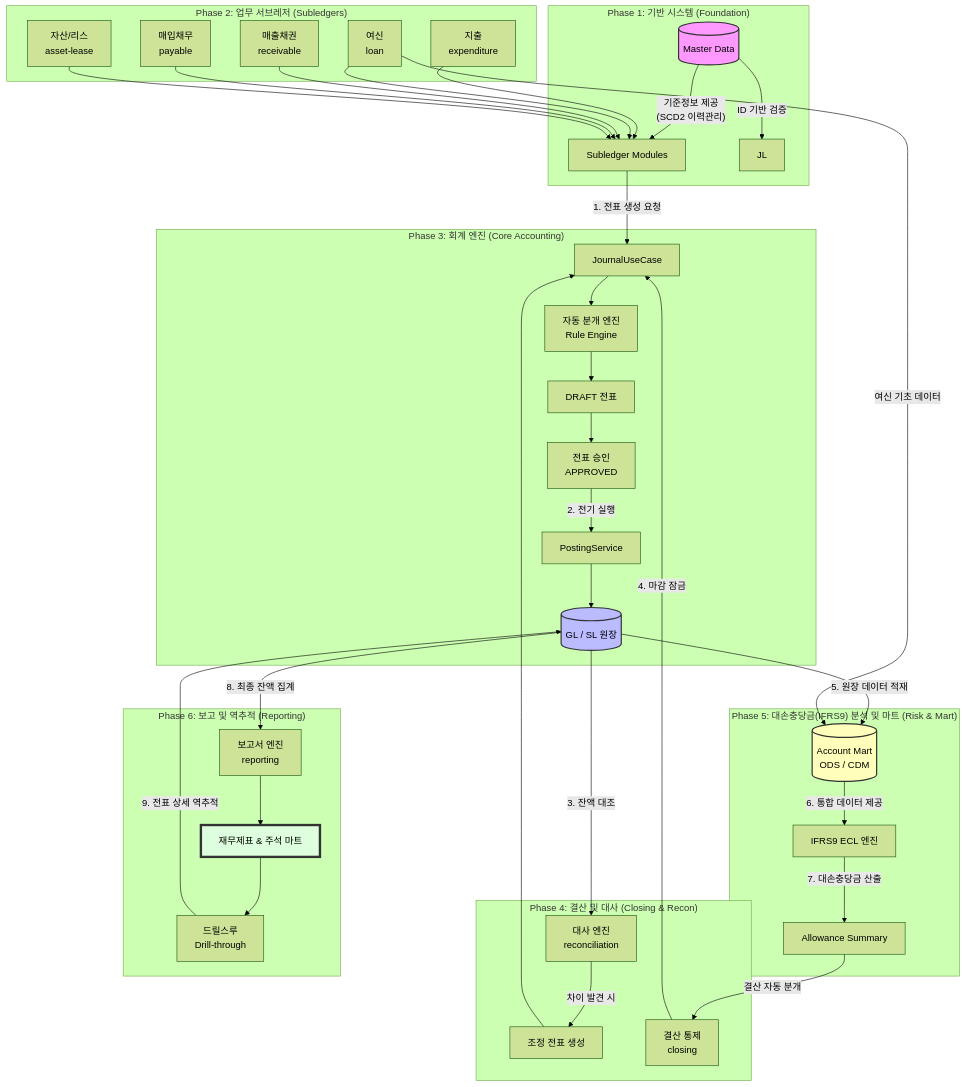
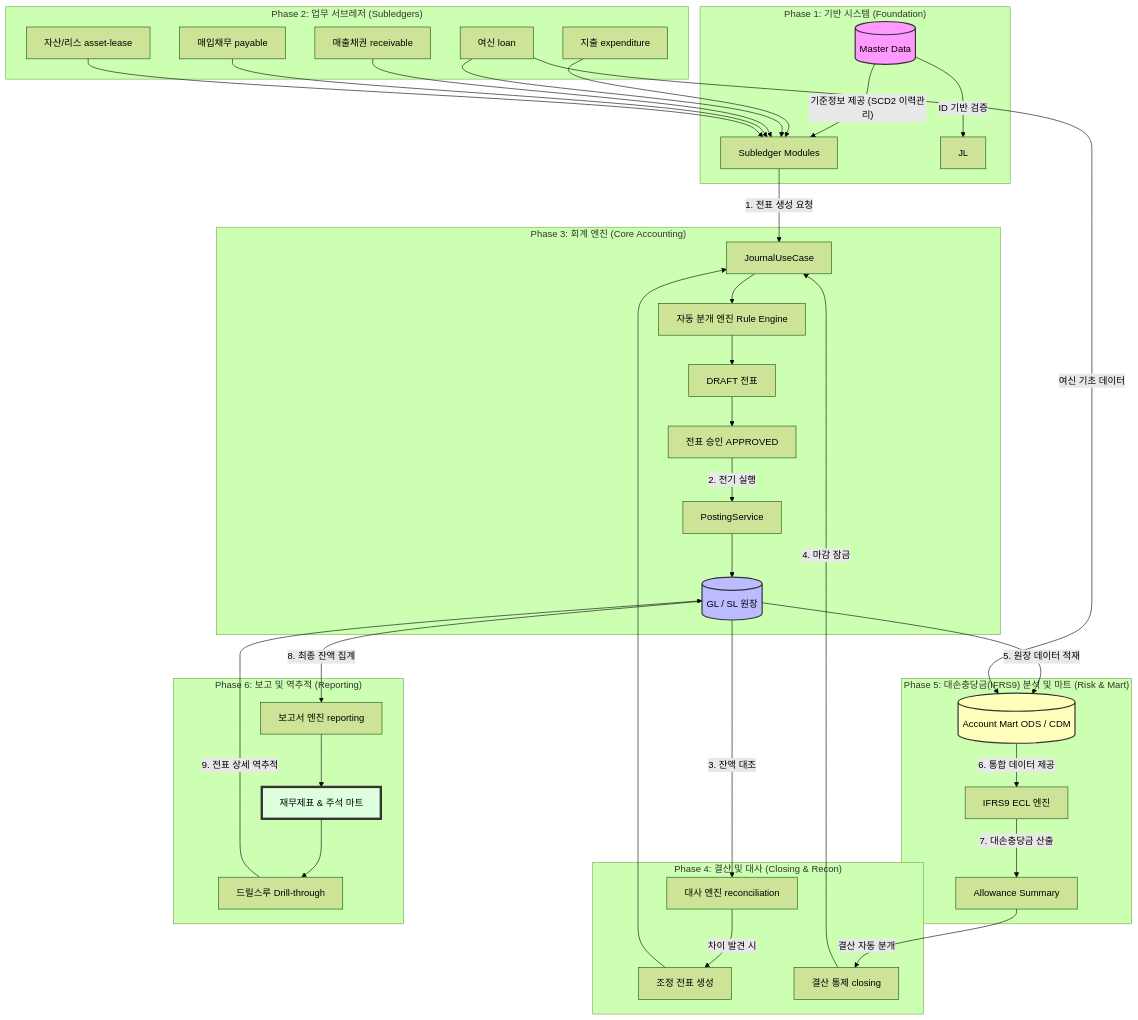
Before and after one commit to skyg547/account: the first of 4 diagrams in docs/business_workflow.md, drawn with Mermaid (forest theme). The commit also changed 9 other files, not shown here.

Commit message:
docs: business_workflow.md Mermaid 오류 수정 및 잔여 변경사항 최종 동기화

````diff
--- a/docs/business_workflow.md
+++ b/docs/business_workflow.md
@@ -11,55 +11,55 @@
 ```mermaid
 flowchart TD
     subgraph "Phase 1: 기반 시스템 (Foundation)"
-        MD[(Master Data)] -- "기준정보 제공\n(SCD2 이력관리)" --> SL
+        MD[(Master Data)] -- "기준정보 제공 (SCD2 이력관리)" --> SL
         MD -- "ID 기반 검증" --> JL
     end
 
     subgraph "Phase 2: 업무 서브레저 (Subledgers)"
         SL[Subledger Modules]
-        EX[지출\nexpenditure] --> SL
-        LN[여신\nloan] --> SL
-        AR[매출채권\nreceivable] --> SL
-        AP[매입채무\npayable] --> SL
-        AS[자산/리스\nasset-lease] --> SL
+        EX[지출 expenditure] --> SL
+        LN[여신 loan] --> SL
+        AR[매출채권 receivable] --> SL
+        AP[매입채무 payable] --> SL
+        AS[자산/리스 asset-lease] --> SL
     end
 
     subgraph "Phase 3: 회계 엔진 (Core Accounting)"
         SL -- "1. 전표 생성 요청" --> JL_USE[JournalUseCase]
-        JL_USE --> RE[자동 분개 엔진\nRule Engine]
+        JL_USE --> RE[자동 분개 엔진 Rule Engine]
         RE --> DRAFT[DRAFT 전표]
-        DRAFT --> APP[전표 승인\nAPPROVED]
+        DRAFT --> APP[전표 승인 APPROVED]
         APP -- "2. 전기 실행" --> POST[PostingService]
         POST --> GL_SL[(GL / SL 원장)]
     end
 
     subgraph "Phase 4: 결산 및 대사 (Closing & Recon)"
-        GL_SL -- "3. 잔액 대조" --> RC[대사 엔진\nreconciliation]
+        GL_SL -- "3. 잔액 대조" --> RC[대사 엔진 reconciliation]
         RC -- "차이 발견 시" --> ADJ[조정 전표 생성]
         ADJ --> JL_USE
 
-        CL[결산 통제\nclosing] -- "4. 마감 잠금" --> JL_USE
+        CL[결산 통제 closing] -- "4. 마감 잠금" --> JL_USE
     end
 
     subgraph "Phase 5: 대손충당금(IFRS9) 분석 및 마트 (Risk & Mart)"
-        GL_SL -- "5. 원장 데이터 적재" --> MART[(Account Mart\nODS / CDM)]
+        GL_SL -- "5. 원장 데이터 적재" --> MART[(Account Mart ODS / CDM)]
         LN -- "여신 기초 데이터" --> MART
         
         MART -- "6. 통합 데이터 제공" --> ECL_ENG[IFRS9 ECL 엔진]
         ECL_ENG -- "7. 대손충당금 산출" --> ECL_SUM[Allowance Summary]
         
         ECL_SUM -- "결산 자동 분개" --> CL
     end
 
     subgraph "Phase 6: 보고 및 역추적 (Reporting)"
-        GL_SL -- "8. 최종 잔액 집계" --> RP[보고서 엔진\nreporting]
+        GL_SL -- "8. 최종 잔액 집계" --> RP[보고서 엔진 reporting]
         RP --> FS[재무제표 & 주석 마트]
-        FS --> DT[드릴스루\nDrill-through]
+        FS --> DT[드릴스루 Drill-through]
         DT -- "9. 전표 상세 역추적" --> GL_SL
     end
 
     style MD fill:#f9f,stroke:#333,stroke-width:2px
     style GL_SL fill:#bbf,stroke:#333,stroke-width:2px
     style MART fill:#ffb,stroke:#333,stroke-width:2px
     style FS fill:#dfd,stroke:#333,stroke-width:4px
 ```
````
